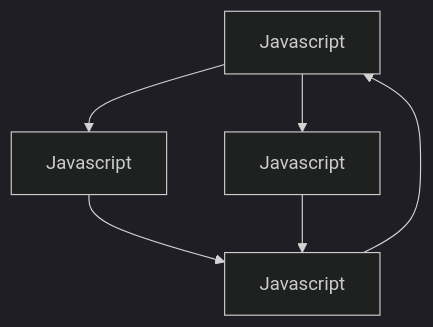
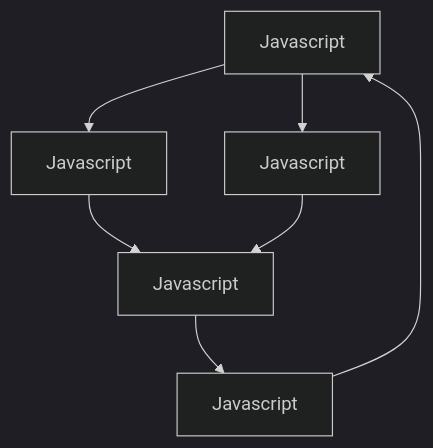
The diagram in Readme.md (AwesomeMarley/AwesomeMarley), drawn with Mermaid (dark theme) before and after one commit.

````diff
--- a/Readme.md
+++ b/Readme.md
@@ -5,8 +5,9 @@
 ```mermaid
 graph TD;
     id1[Javascript] --> id2[Javascript];
     id2[Javascript] --> id4[Javascript];
     id1[Javascript] --> id3[Javascript];
     id3[Javascript] --> id4[Javascript];
-    id4[Javascript] --> id1[Javascript];
+    id4[Javascript] --> id5[Javascript];
+    id5[Javascript] --> id1[Javascript];
 ```
````
